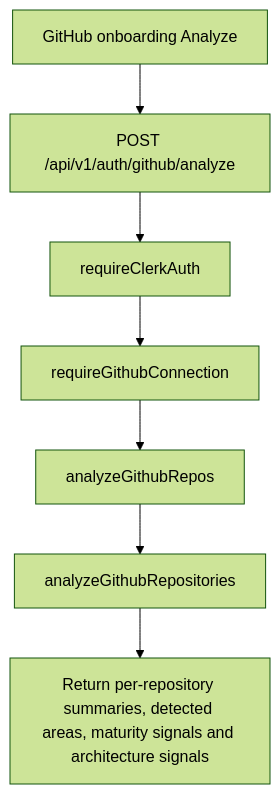
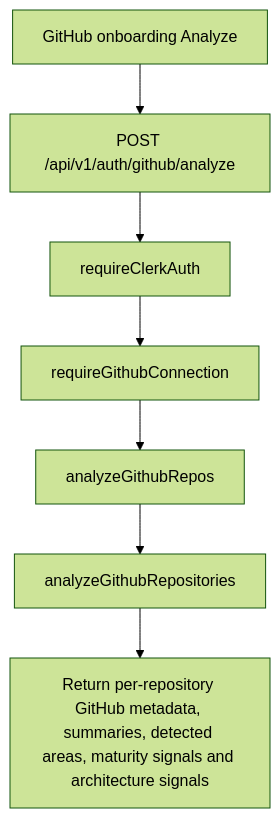
Before and after one commit to myusubov/tailorcv: the diagram in docs/architecture/github-analysis/pipeline/README.md, drawn with Mermaid (forest theme). The commit also changed other lines of this file and 1 other file, not shown here.

````diff
--- a/docs/architecture/github-analysis/pipeline/README.md
+++ b/docs/architecture/github-analysis/pipeline/README.md
@@ -54,9 +54,9 @@
 ```mermaid
 flowchart TD
   FE[GitHub onboarding Analyze] --> Route[POST /api/v1/auth/github/analyze]
   Route --> Clerk[requireClerkAuth]
   Clerk --> GitHubAuth[requireGithubConnection]
   GitHubAuth --> Controller[analyzeGithubRepos]
   Controller --> Service[analyzeGithubRepositories]
-  Service --> Response[Return per-repository summaries, detected areas, maturity signals and architecture signals]
+  Service --> Response[Return per-repository GitHub metadata, summaries, detected areas, maturity signals and architecture signals]
 ```
````
